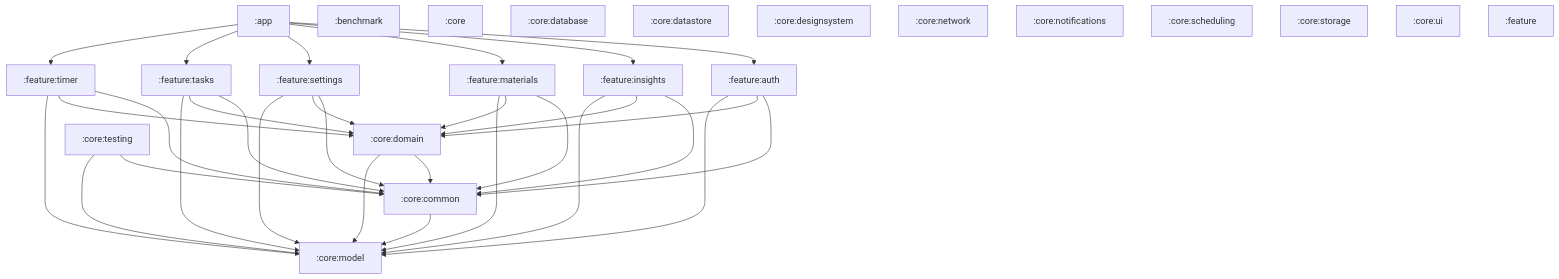
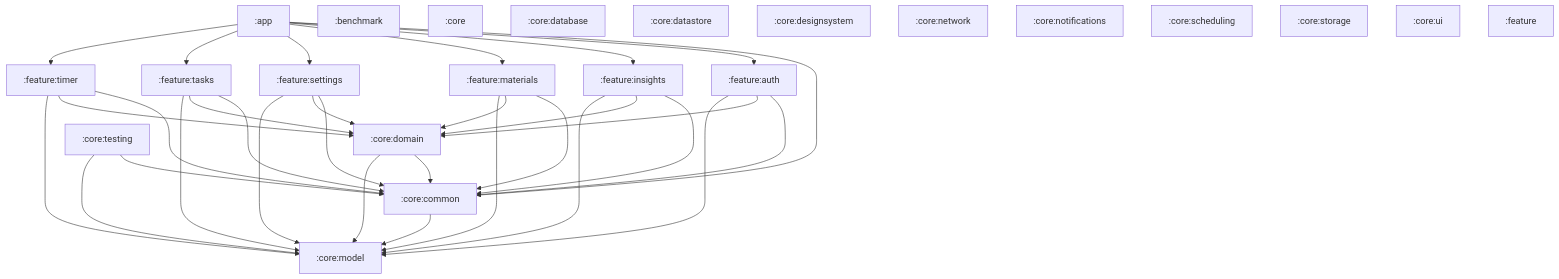
The diagram in docs/module-graph.md (konarsubhojit/study-app), drawn with Mermaid before and after one commit.

Commit message:
Regenerate module graph docs after app -> core:common edge

````diff
--- a/docs/module-graph.md
+++ b/docs/module-graph.md
@@ -8,54 +8,55 @@
 ```mermaid
 graph TD
     app[":app"]
     benchmark[":benchmark"]
     core[":core"]
     core_common[":core:common"]
     core_database[":core:database"]
     core_datastore[":core:datastore"]
     core_designsystem[":core:designsystem"]
     core_domain[":core:domain"]
     core_model[":core:model"]
     core_network[":core:network"]
     core_notifications[":core:notifications"]
     core_scheduling[":core:scheduling"]
     core_storage[":core:storage"]
     core_testing[":core:testing"]
     core_ui[":core:ui"]
     feature[":feature"]
     feature_auth[":feature:auth"]
     feature_insights[":feature:insights"]
     feature_materials[":feature:materials"]
     feature_settings[":feature:settings"]
     feature_tasks[":feature:tasks"]
     feature_timer[":feature:timer"]
+    app --> core_common
     app --> feature_auth
     app --> feature_insights
     app --> feature_materials
     app --> feature_settings
     app --> feature_tasks
     app --> feature_timer
     core_common --> core_model
     core_domain --> core_common
     core_domain --> core_model
     core_testing --> core_common
     core_testing --> core_model
     feature_auth --> core_common
     feature_auth --> core_domain
     feature_auth --> core_model
     feature_insights --> core_common
     feature_insights --> core_domain
     feature_insights --> core_model
     feature_materials --> core_common
     feature_materials --> core_domain
     feature_materials --> core_model
     feature_settings --> core_common
     feature_settings --> core_domain
     feature_settings --> core_model
     feature_tasks --> core_common
     feature_tasks --> core_domain
     feature_tasks --> core_model
     feature_timer --> core_common
     feature_timer --> core_domain
     feature_timer --> core_model
 ```
````
